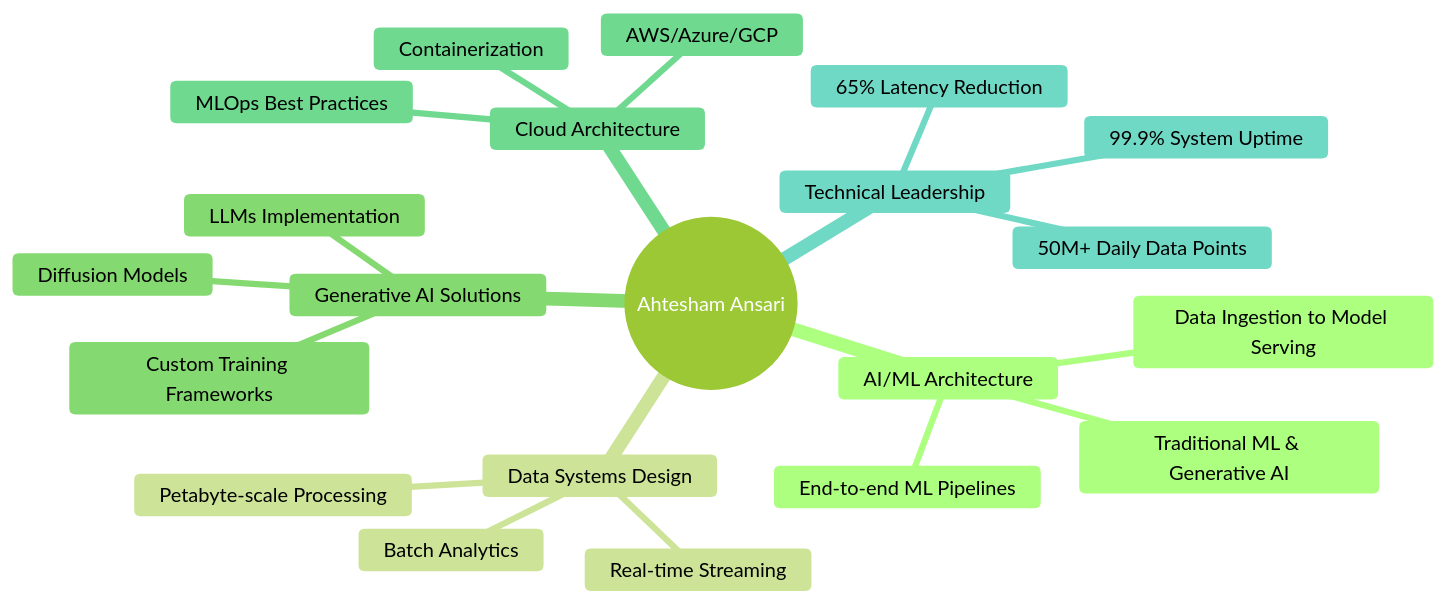
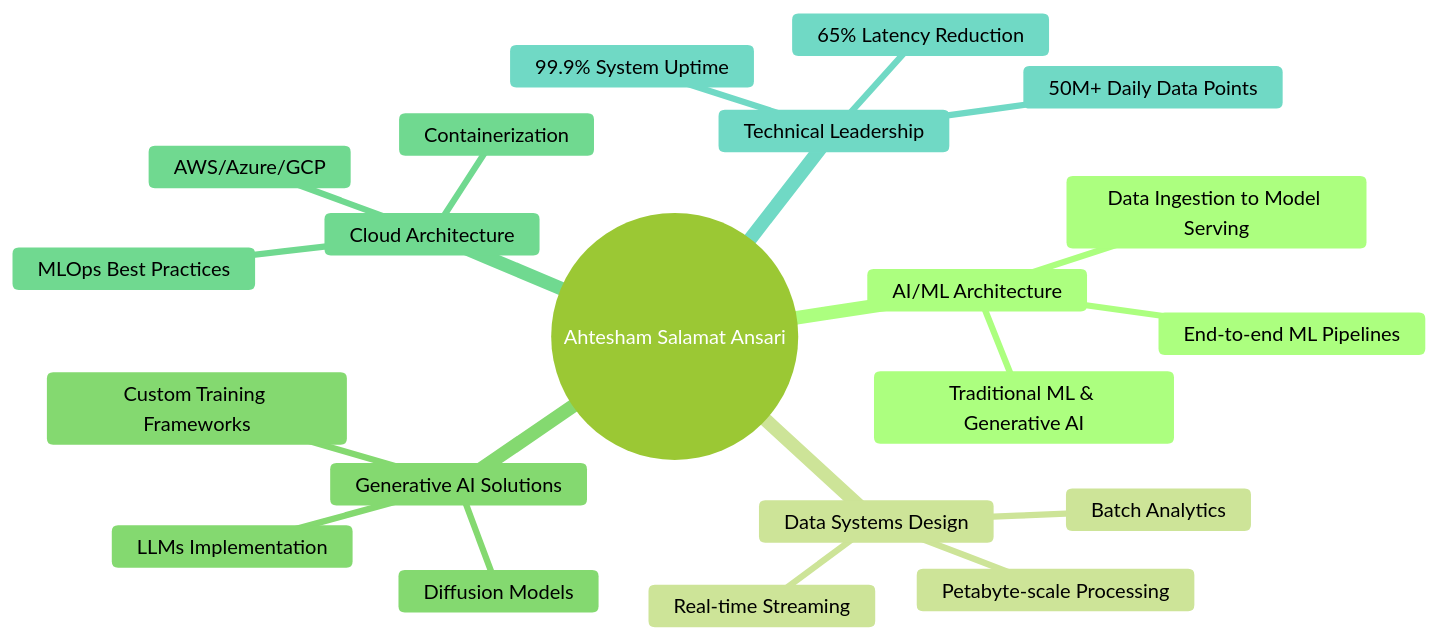
Before and after one commit to ahteshamsalamatansari/ahteshamsalamatansari: the diagram in README.md, drawn with Mermaid (forest theme).

````diff
--- a/README.md
+++ b/README.md
@@ -195,24 +195,24 @@
 ```mermaid
 mindmap
-  root((Ahtesham Ansari))
+  root((Ahtesham Salamat Ansari))
     AI/ML Architecture
       End-to-end ML Pipelines
       Data Ingestion to Model Serving
       Traditional ML & Generative AI
     Data Systems Design
       Petabyte-scale Processing
       Real-time Streaming
       Batch Analytics
     Generative AI Solutions
       LLMs Implementation
       Diffusion Models
       Custom Training Frameworks
     Cloud Architecture
       AWS/Azure/GCP
       Containerization
       MLOps Best Practices
     Technical Leadership
       50M+ Daily Data Points
       99.9% System Uptime
       65% Latency Reduction
 ```
````
